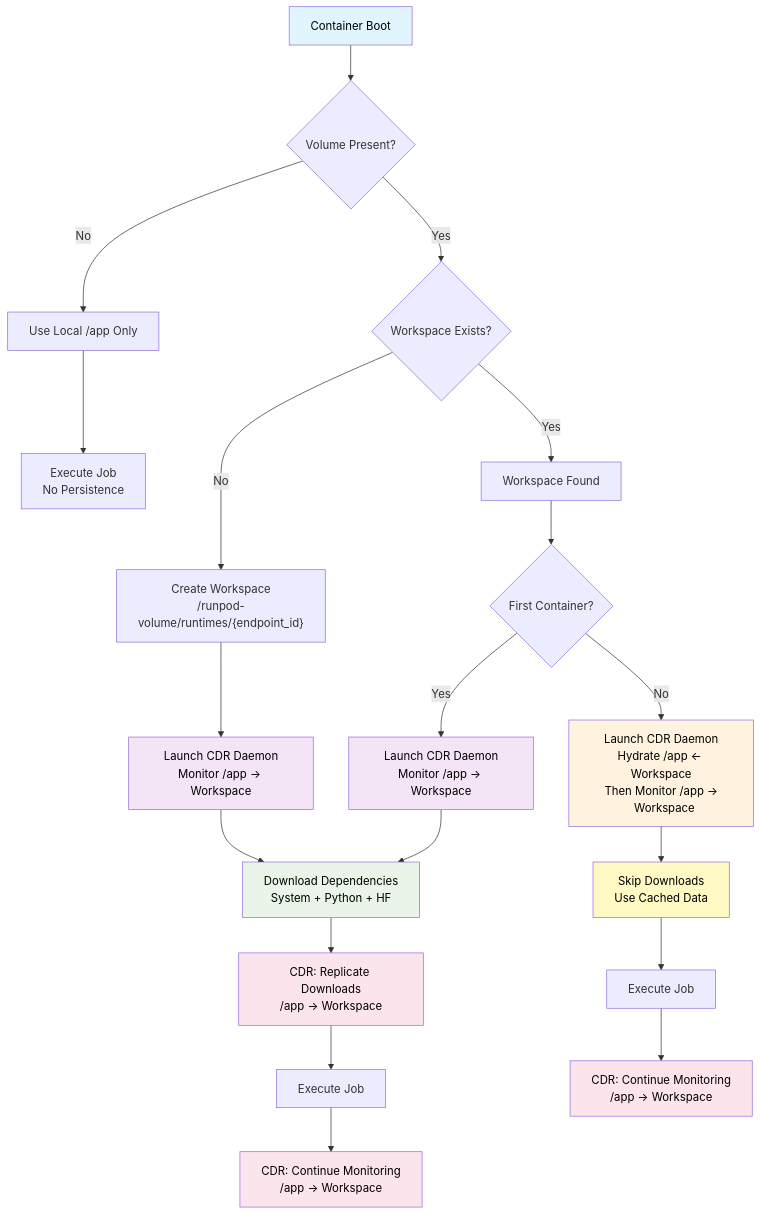
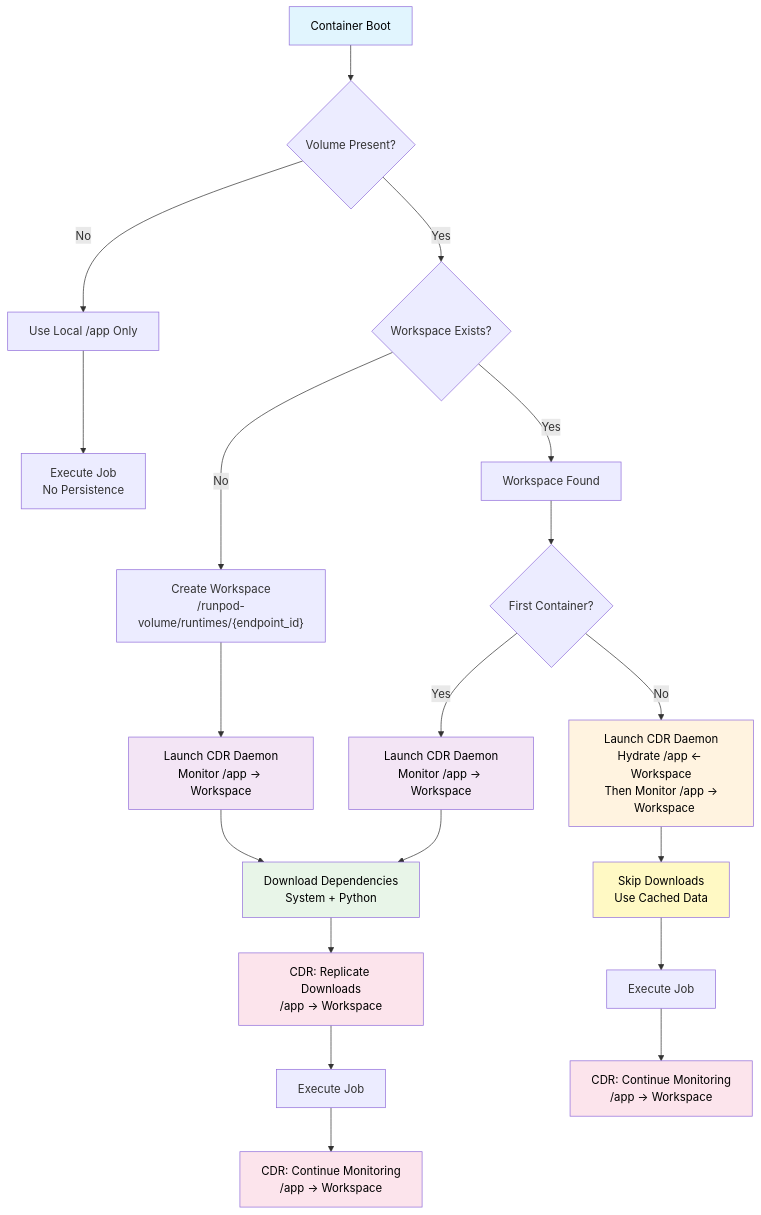
Before and after one commit to runpod-workers/worker-tetra: the diagram in docs/Endpoint Persistence.md, drawn with Mermaid. The commit also changed other lines of this file and 9 other files, not shown here.

````diff
--- a/docs/Endpoint Persistence.md
+++ b/docs/Endpoint Persistence.md
@@ -32,39 +32,39 @@
 ```mermaid
 graph TD
       A[Container Boot] --> B{Volume Present?}
       B -->|No| C[Use Local /app Only]
       B -->|Yes| D{Workspace Exists?}
 
       D -->|No| E["Create Workspace<br/>/runpod-volume/runtimes/{endpoint_id}"]
       D -->|Yes| F[Workspace Found]
 
       E --> G[Launch CDR Daemon<br/>Monitor /app → Workspace]
       F --> H{First Container?}
 
       H -->|Yes| I[Launch CDR Daemon<br/>Monitor /app → Workspace]
       H -->|No| J[Launch CDR Daemon<br/>Hydrate /app ← Workspace<br/>Then Monitor /app →
   Workspace]
 
-      G --> K[Download Dependencies<br/>System + Python + HF]
+      G --> K[Download Dependencies<br/>System + Python]
       I --> K
       J --> L[Skip Downloads<br/>Use Cached Data]
 
       K --> M[CDR: Replicate Downloads<br/>/app → Workspace]
       L --> N[Execute Job]
       M --> O[Execute Job]
 
       O --> P[CDR: Continue Monitoring<br/>/app → Workspace]
       N --> Q[CDR: Continue Monitoring<br/>/app → Workspace]
 
       C --> R[Execute Job<br/>No Persistence]
 
       style A fill:#e1f5fe,color:#000000
       style G fill:#f3e5f5,color:#000000
       style I fill:#f3e5f5,color:#000000
       style J fill:#fff3e0,color:#000000
       style K fill:#e8f5e8,color:#000000
       style L fill:#fff9c4,color:#000000
       style M fill:#fce4ec,color:#000000
       style P fill:#fce4ec,color:#000000
       style Q fill:#fce4ec,color:#000000
 ```
````
